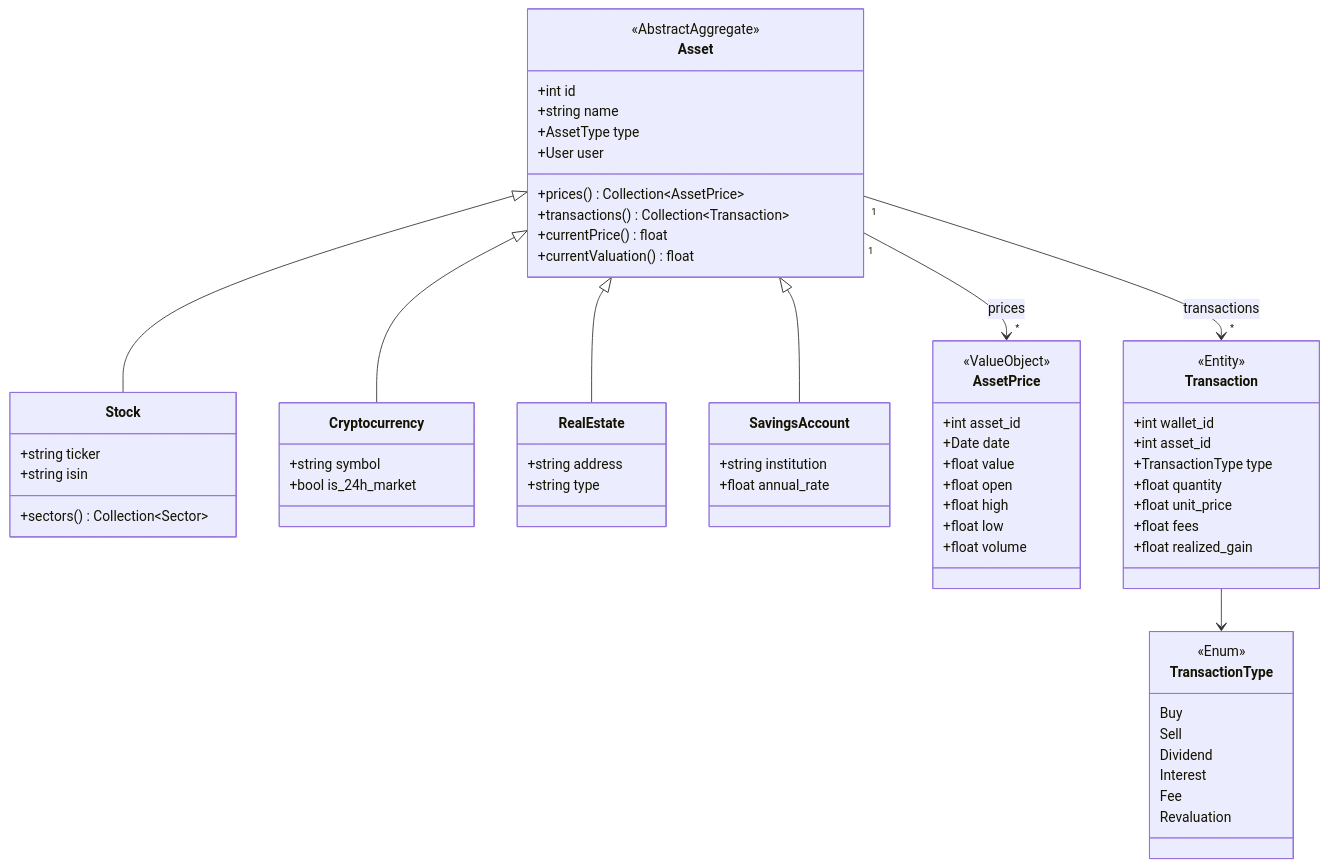
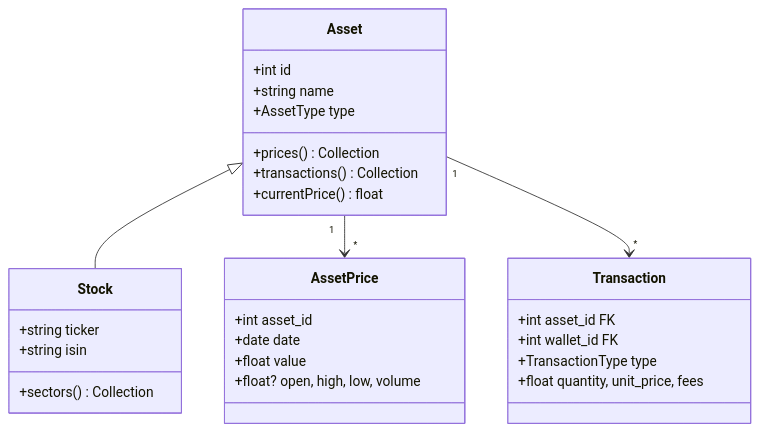
The second of 2 diagrams in docs/MULTI_ASSET_ARCHITECTURE.md (yanntyb/portefeuille), drawn with Mermaid before and after one commit. The commit also changed other lines of this file and 5 other files, not shown here.

````diff
--- a/docs/MULTI_ASSET_ARCHITECTURE.md
+++ b/docs/MULTI_ASSET_ARCHITECTURE.md
@@ -103,76 +67,35 @@
 ```mermaid
 classDiagram
     class Asset {
-        <<AbstractAggregate>>
         +int id
         +string name
         +AssetType type
-        +User user
-        +prices() Collection~AssetPrice~
-        +transactions() Collection~Transaction~
+        +prices() Collection
+        +transactions() Collection
         +currentPrice() float
-        +currentValuation() float
     }
 
     class Stock {
         +string ticker
         +string isin
-        +sectors() Collection~Sector~
+        +sectors() Collection
     }
 
-    class Cryptocurrency {
-        +string symbol
-        +bool is_24h_market
+    class AssetPrice {
+        +int asset_id
+        +date date
+        +float value
+        +float? open, high, low, volume
     }
 
-    class RealEstate {
-        +string address
-        +string type
-    }
-
-    class SavingsAccount {
-        +string institution
-        +float annual_rate
+    class Transaction {
+        +int asset_id FK
+        +int wallet_id FK
+        +TransactionType type
+        +float quantity, unit_price, fees
     }
 
     Asset <|-- Stock
-    Asset <|-- Cryptocurrency
-    Asset <|-- RealEstate
-    Asset <|-- SavingsAccount
-
-    class AssetPrice {
-        <<ValueObject>>
-        +int asset_id
-        +Date date
-        +float value
-        +float open
-        +float high
-        +float low
-        +float volume
-    }
-
-    class Transaction {
-        <<Entity>>
-        +int wallet_id
-        +int asset_id
-        +TransactionType type
-        +float quantity
-        +float unit_price
-        +float fees
-        +float realized_gain
-    }
-
-    class TransactionType {
-        <<Enum>>
-        Buy
-        Sell
-        Dividend
-        Interest
-        Fee
-        Revaluation
-    }
-
-    Asset "1" --> "*" AssetPrice : prices
-    Asset "1" --> "*" Transaction : transactions
-    Transaction --> TransactionType
+    Asset "1" --> "*" AssetPrice
+    Asset "1" --> "*" Transaction
 ```
````
